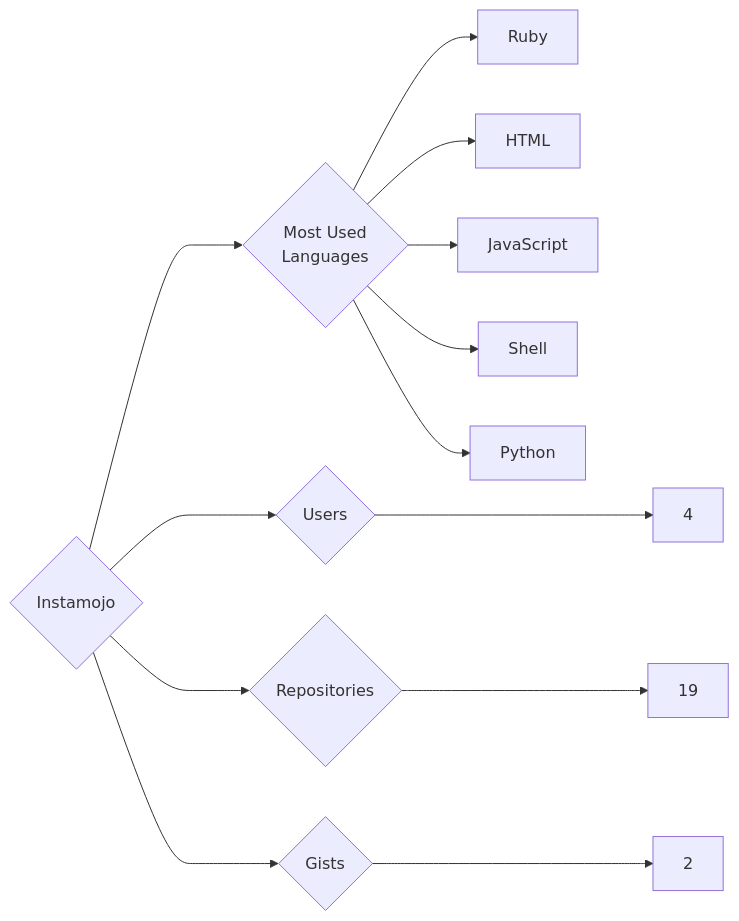
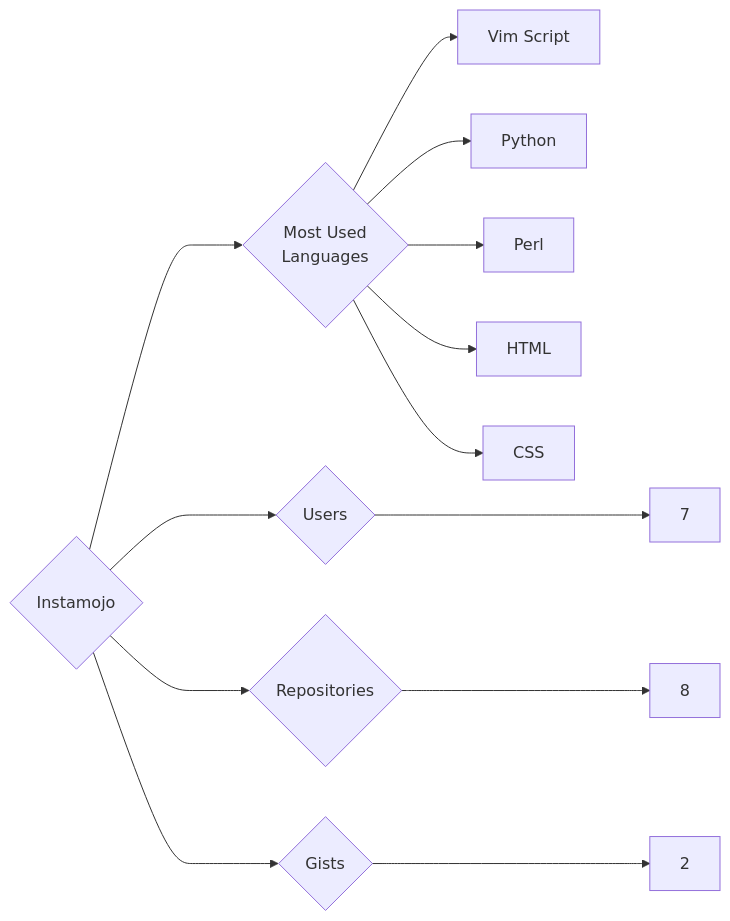
One commit to trickest/insiders changed the diagram in targets/Instamojo/README.md. Above: the diagram before and after it, drawn with Mermaid. The commit also changed 1089 other files, not shown here.

````diff
--- a/targets/Instamojo/README.md
+++ b/targets/Instamojo/README.md
@@ -3,13 +3,13 @@
 ```mermaid
 graph LR
 COMPANY_NAME{Instamojo}
-COMPANY_NAME ---> U{Users} ---> UN[4]
-COMPANY_NAME ---> R{Repositories} ---> RN[19]
+COMPANY_NAME ---> U{Users} ---> UN[7]
+COMPANY_NAME ---> R{Repositories} ---> RN[8]
 COMPANY_NAME ---> G{Gists} ---> GN[2]
 COMPANY_NAME ---> ML{Most Used<br>Languages}
-ML --> Ruby[Ruby]
+ML --> Vim_Script[Vim Script]
+ML --> Python[Python]
+ML --> Perl[Perl]
 ML --> HTML[HTML]
-ML --> JavaScript[JavaScript]
-ML --> Shell[Shell]
-ML --> Python[Python]
+ML --> CSS[CSS]
 ```
````
